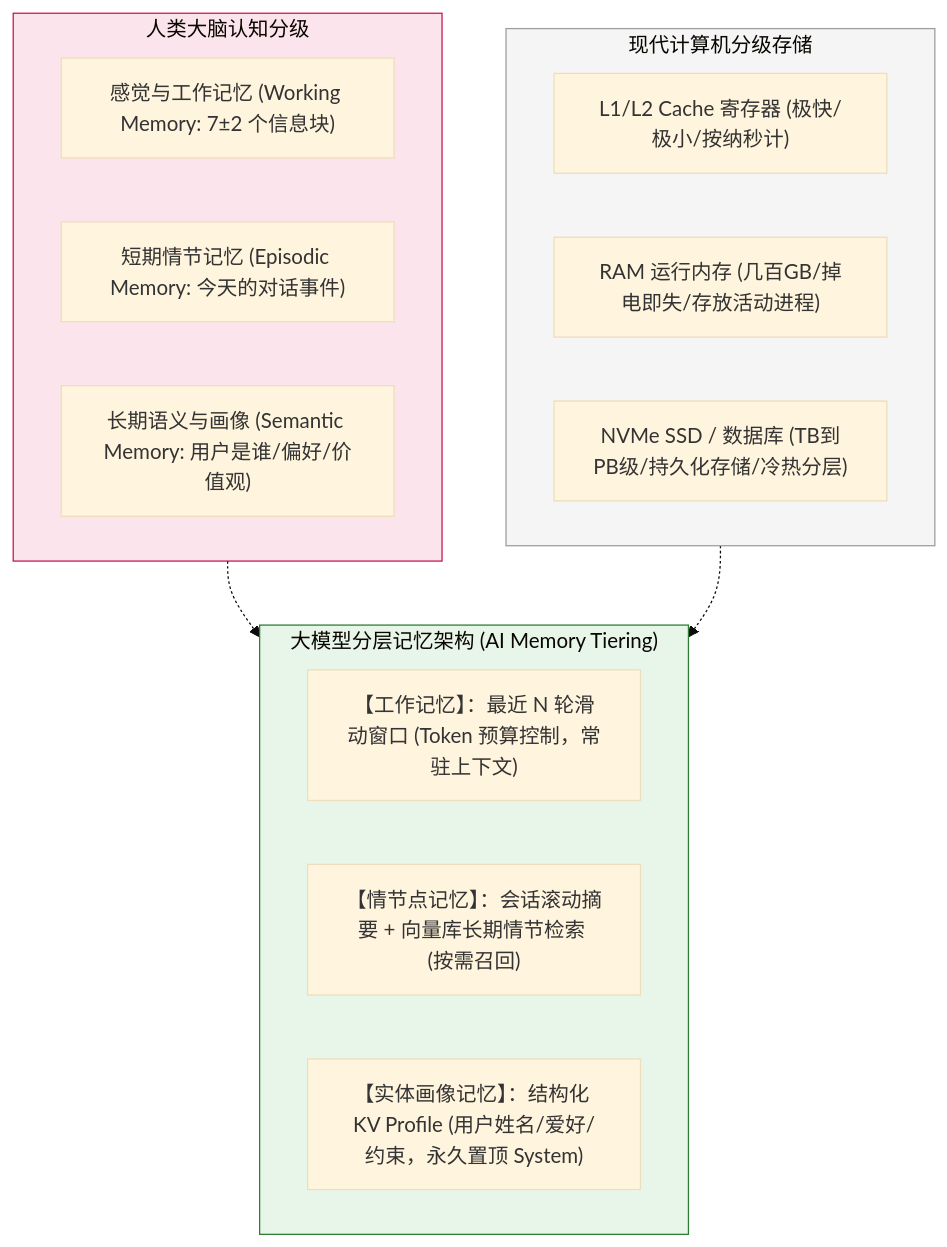
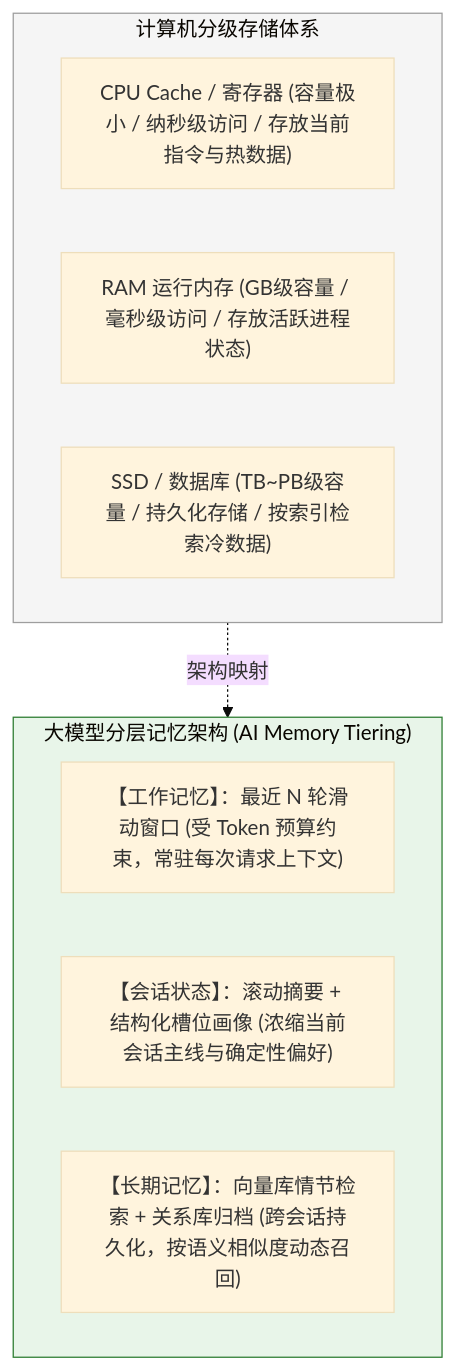
The first of 4 diagrams in 10-AI应用开发/04-多轮对话与上下文工程/00-多轮对话与记忆全景心智模型.md (GuoWWWX/knowledge-base), drawn with Mermaid (base theme) before and after one commit. The commit also changed other lines of this file and 251 other files, not shown here.

````diff
--- a/10-AI应用开发/04-多轮对话与上下文工程/00-多轮对话与记忆全景心智模型.md
+++ b/10-AI应用开发/04-多轮对话与上下文工程/00-多轮对话与记忆全景心智模型.md
@@ -50,27 +34,19 @@
 ```mermaid
 graph TD
-    subgraph Human["人类大脑认知分级"]
-        H1["感觉与工作记忆 (Working Memory: 7±2 个信息块)"]
-        H2["短期情节记忆 (Episodic Memory: 今天的对话事件)"]
-        H3["长期语义与画像 (Semantic Memory: 用户是谁/偏好/价值观)"]
-    end
-
-    subgraph Hardware["现代计算机分级存储"]
-        HW1["L1/L2 Cache 寄存器 (极快/极小/按纳秒计)"]
-        HW2["RAM 运行内存 (几百GB/掉电即失/存放活动进程)"]
-        HW3["NVMe SSD / 数据库 (TB到PB级/持久化存储/冷热分层)"]
+    subgraph Hardware["计算机分级存储体系"]
+        HW1["CPU Cache / 寄存器 (容量极小 / 纳秒级访问 / 存放当前指令与热数据)"]
+        HW2["RAM 运行内存 (GB级容量 / 毫秒级访问 / 存放活跃进程状态)"]
+        HW3["SSD / 数据库 (TB~PB级容量 / 持久化存储 / 按索引检索冷数据)"]
     end
 
     subgraph AIMemory["大模型分层记忆架构 (AI Memory Tiering)"]
-        M1["【工作记忆】：最近 N 轮滑动窗口 (Token 预算控制，常驻上下文)"]
-        M2["【情节点记忆】：会话滚动摘要 + 向量库长期情节检索 (按需召回)"]
-        M3["【实体画像记忆】：结构化 KV Profile (用户姓名/爱好/约束，永久置顶 System)"]
+        M1["【工作记忆】：最近 N 轮滑动窗口 (受 Token 预算约束，常驻每次请求上下文)"]
+        M2["【会话状态】：滚动摘要 + 结构化槽位画像 (浓缩当前会话主线与确定性偏好)"]
+        M3["【长期记忆】：向量库情节检索 + 关系库归档 (跨会话持久化，按语义相似度动态召回)"]
     end
 
-    Human -.-> AIMemory
-    Hardware -.-> AIMemory
+    Hardware -.->|"架构映射"| AIMemory
 
-    style Human fill:#fce4ec,stroke:#c2185b,stroke-width:1px
     style Hardware fill:#f5f5f5,stroke:#9e9e9e,stroke-width:1px
     style AIMemory fill:#e8f5e9,stroke:#2e7d32,stroke-width:1px
 ```
````
